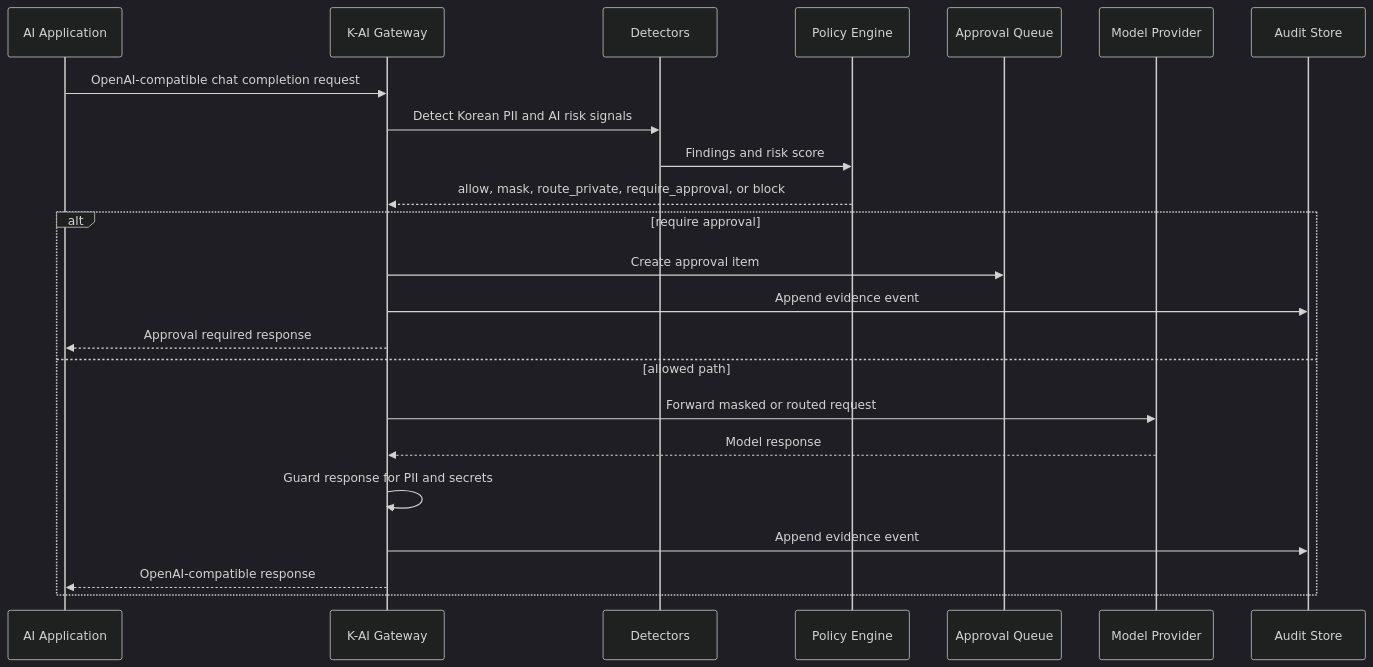
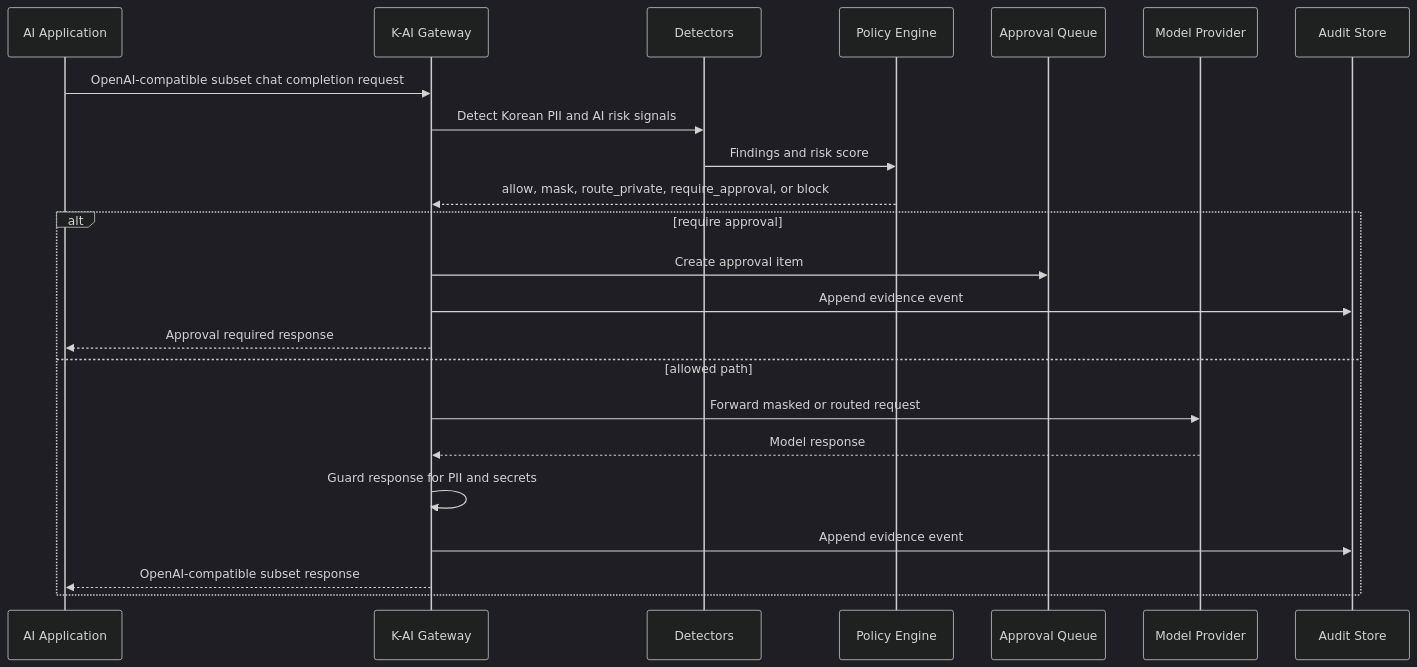
The second of 2 diagrams in README.md (sinmb79/k-ai-security-gateway), drawn with Mermaid (dark theme) before and after one commit. The commit also changed other lines of this file and 22 other files, not shown here.

````diff
--- a/README.md
+++ b/README.md
@@ -71,26 +71,26 @@
 ```mermaid
 sequenceDiagram
     participant App as AI Application
     participant GW as K-AI Gateway
     participant D as Detectors
     participant P as Policy Engine
     participant Q as Approval Queue
     participant M as Model Provider
     participant A as Audit Store
 
-    App->>GW: OpenAI-compatible chat completion request
+    App->>GW: OpenAI-compatible subset chat completion request
     GW->>D: Detect Korean PII and AI risk signals
     D->>P: Findings and risk score
     P-->>GW: allow, mask, route_private, require_approval, or block
     alt require approval
         GW->>Q: Create approval item
         GW->>A: Append evidence event
         GW-->>App: Approval required response
     else allowed path
         GW->>M: Forward masked or routed request
         M-->>GW: Model response
         GW->>GW: Guard response for PII and secrets
         GW->>A: Append evidence event
-        GW-->>App: OpenAI-compatible response
+        GW-->>App: OpenAI-compatible subset response
     end
 ```
````
